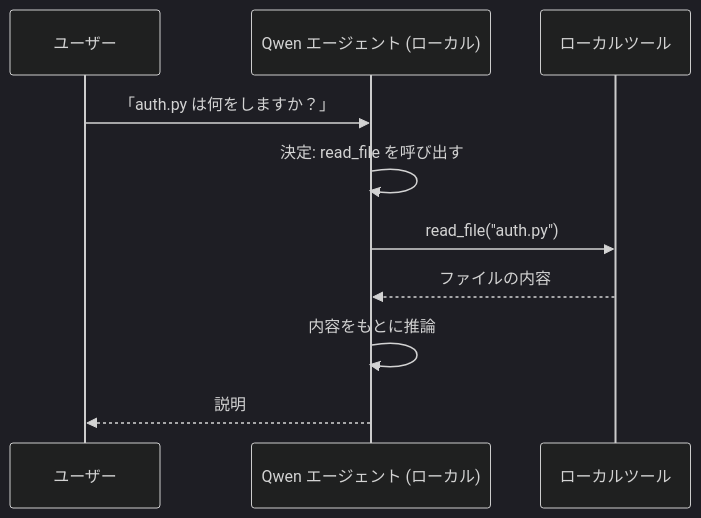
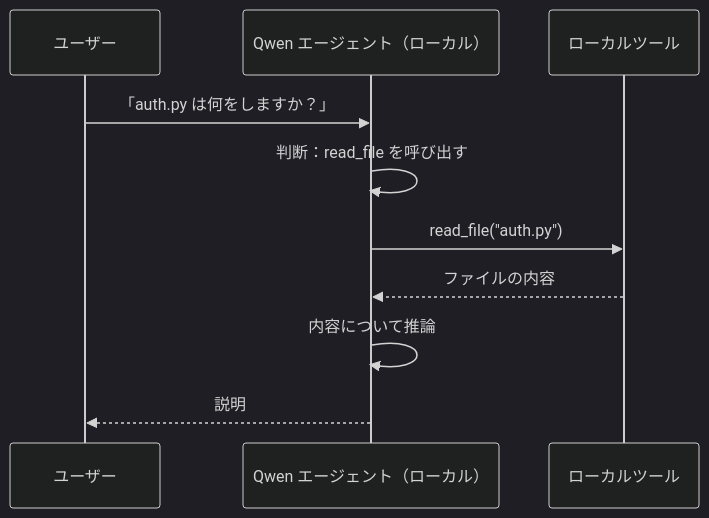
One commit to gabrielmoreira/agent-skills-mirror changed the second of 4 diagrams in mirrors/repos/microsoft@ai-agents-for-beginners/translations/ja/17-creating-local-ai-agents/README.md. Above: the diagram before and after it, drawn with Mermaid (dark theme). The commit also changed other lines of this file and 4262 other files, not shown here.

````diff
--- a/mirrors/repos/microsoft@ai-agents-for-beginners/translations/ja/17-creating-local-ai-agents/README.md
+++ b/mirrors/repos/microsoft@ai-agents-for-beginners/translations/ja/17-creating-local-ai-agents/README.md
@@ -106,12 +106,12 @@
 ```mermaid
 sequenceDiagram
     participant U as ユーザー
-    participant A as Qwen エージェント (ローカル)
+    participant A as Qwen エージェント（ローカル）
     participant T as ローカルツール
     U->>A: 「auth.py は何をしますか？」
-    A->>A: 決定: read_file を呼び出す
+    A->>A: 判断：read_file を呼び出す
     A->>T: read_file("auth.py")
     T-->>A: ファイルの内容
-    A->>A: 内容をもとに推論
+    A->>A: 内容について推論
     A-->>U: 説明
 ```
````
